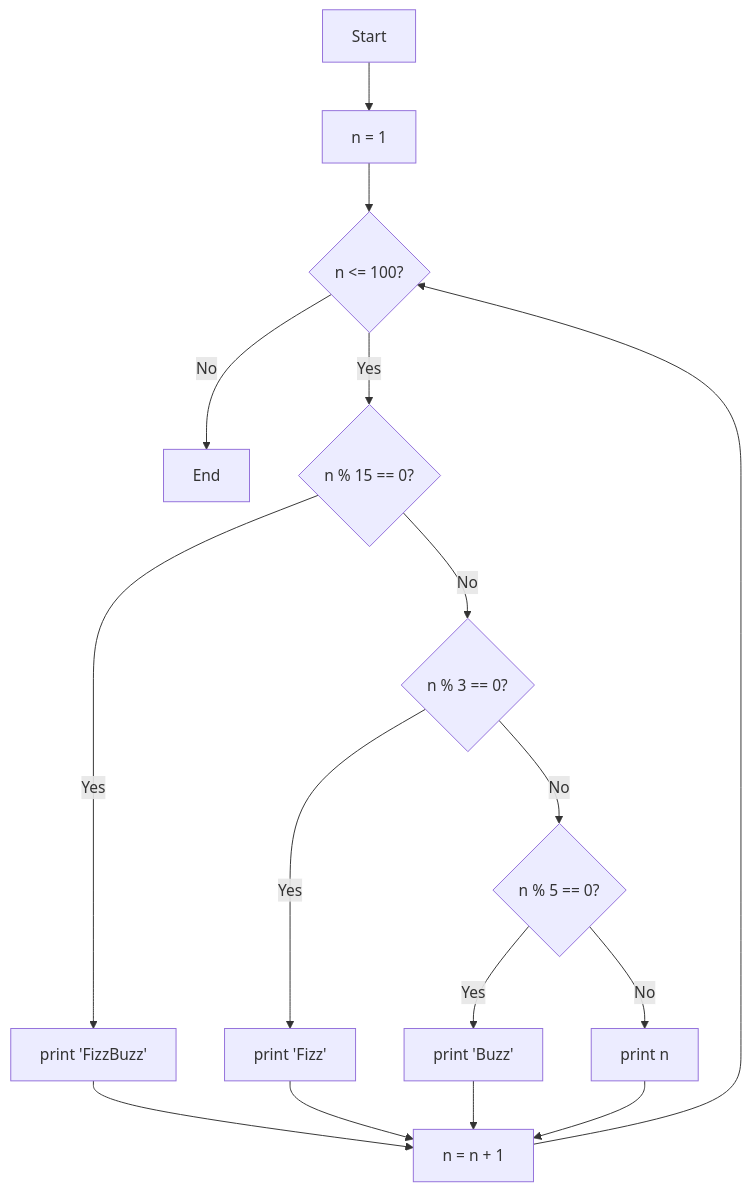
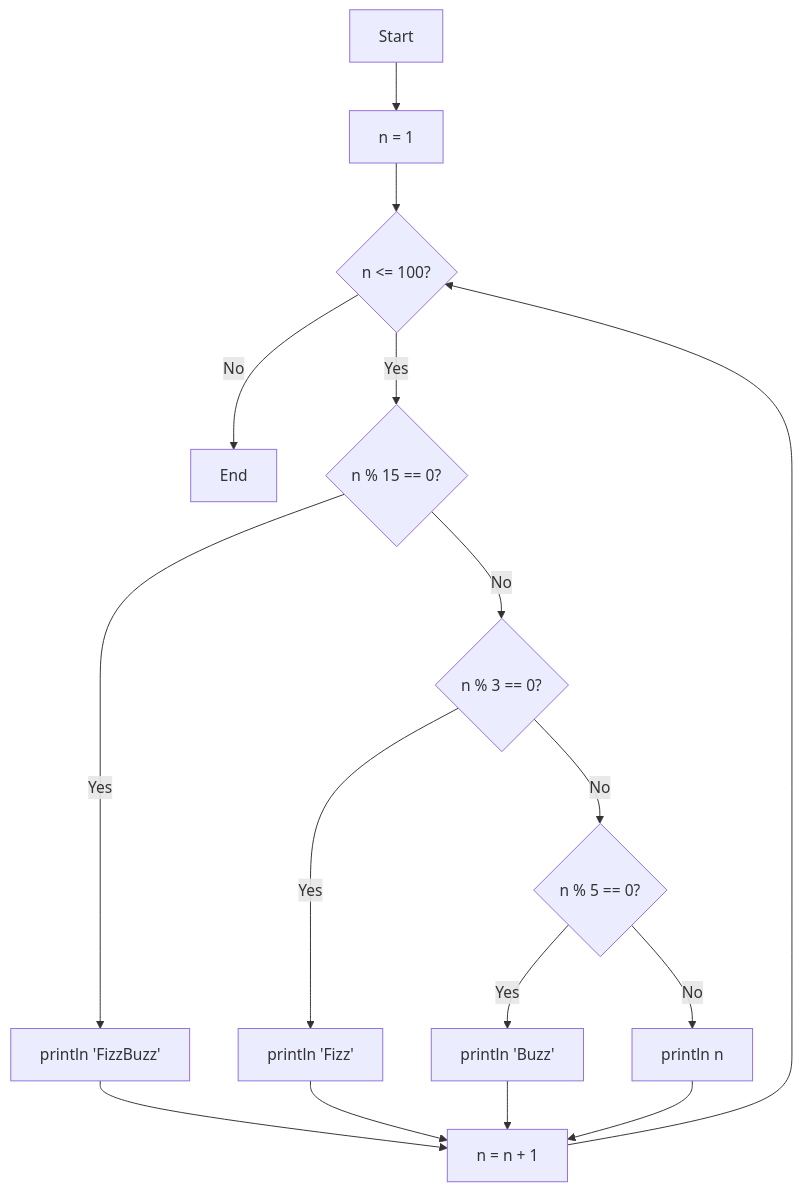
One commit to koki-develop/merx changed the diagram in examples/fizzbuzz.mmd. Above: the diagram before and after it, drawn with Mermaid. The commit also changed 5 other files, not shown here.

First line of the commit message:
feat: Rename print statement keyword to println

```diff
--- a/examples/fizzbuzz.mmd
+++ b/examples/fizzbuzz.mmd
@@ -1,16 +1,16 @@
 flowchart TD
     Start --> A[n = 1]
     A --> B{n <= 100?}
     B -->|No| End
     B -->|Yes| C{n % 15 == 0?}
-    C -->|Yes| D[print 'FizzBuzz']
+    C -->|Yes| D[println 'FizzBuzz']
     C -->|No| E{n % 3 == 0?}
-    E -->|Yes| F[print 'Fizz']
+    E -->|Yes| F[println 'Fizz']
     E -->|No| G{n % 5 == 0?}
-    G -->|Yes| H[print 'Buzz']
-    G -->|No| I[print n]
+    G -->|Yes| H[println 'Buzz']
+    G -->|No| I[println n]
     D --> J[n = n + 1]
     F --> J
     H --> J
     I --> J
     J --> B
```
